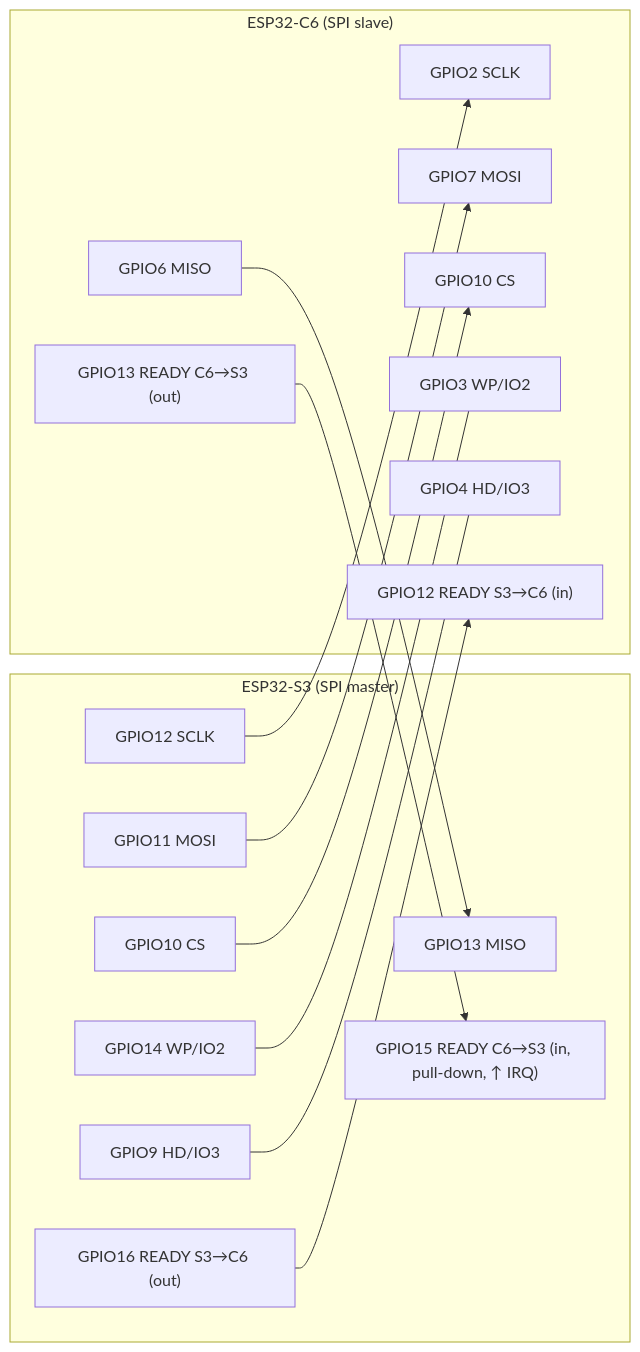
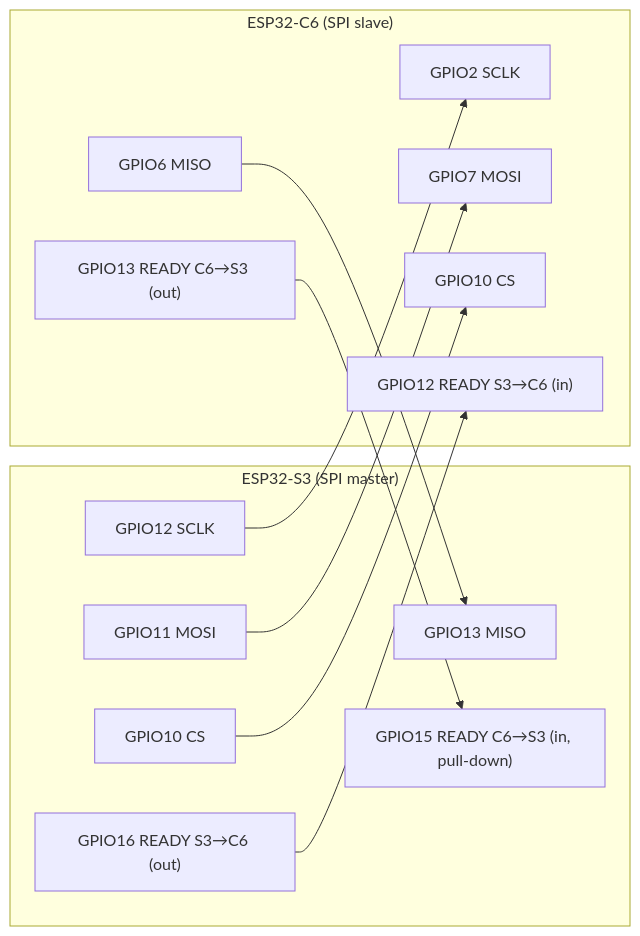
The diagram in docs/reference/hardware.md (Kush-Kelaiya22/imPress), drawn with Mermaid before and after one commit. The commit also changed other lines of this file and 31 other files, not shown here.

````diff
--- a/docs/reference/hardware.md
+++ b/docs/reference/hardware.md
@@ -15,31 +15,25 @@
 ```mermaid
 flowchart LR
     subgraph S3["ESP32-S3 (SPI master)"]
         s12["GPIO12 SCLK"]
         s11["GPIO11 MOSI"]
         s13["GPIO13 MISO"]
         s10["GPIO10 CS"]
-        s14["GPIO14 WP/IO2"]
-        s9["GPIO9 HD/IO3"]
         s16["GPIO16 READY S3→C6 (out)"]
-        s15["GPIO15 READY C6→S3 (in, pull-down, ↑ IRQ)"]
+        s15["GPIO15 READY C6→S3 (in, pull-down)"]
     end
     subgraph C6["ESP32-C6 (SPI slave)"]
         c2["GPIO2 SCLK"]
         c7["GPIO7 MOSI"]
         c6["GPIO6 MISO"]
         c10["GPIO10 CS"]
-        c3["GPIO3 WP/IO2"]
-        c4["GPIO4 HD/IO3"]
         c12["GPIO12 READY S3→C6 (in)"]
         c13["GPIO13 READY C6→S3 (out)"]
     end
     s12 --> c2
     s11 --> c7
     c6 --> s13
     s10 --> c10
-    s14 --- c3
-    s9 --- c4
     s16 --> c12
     c13 --> s15
 ```
````
